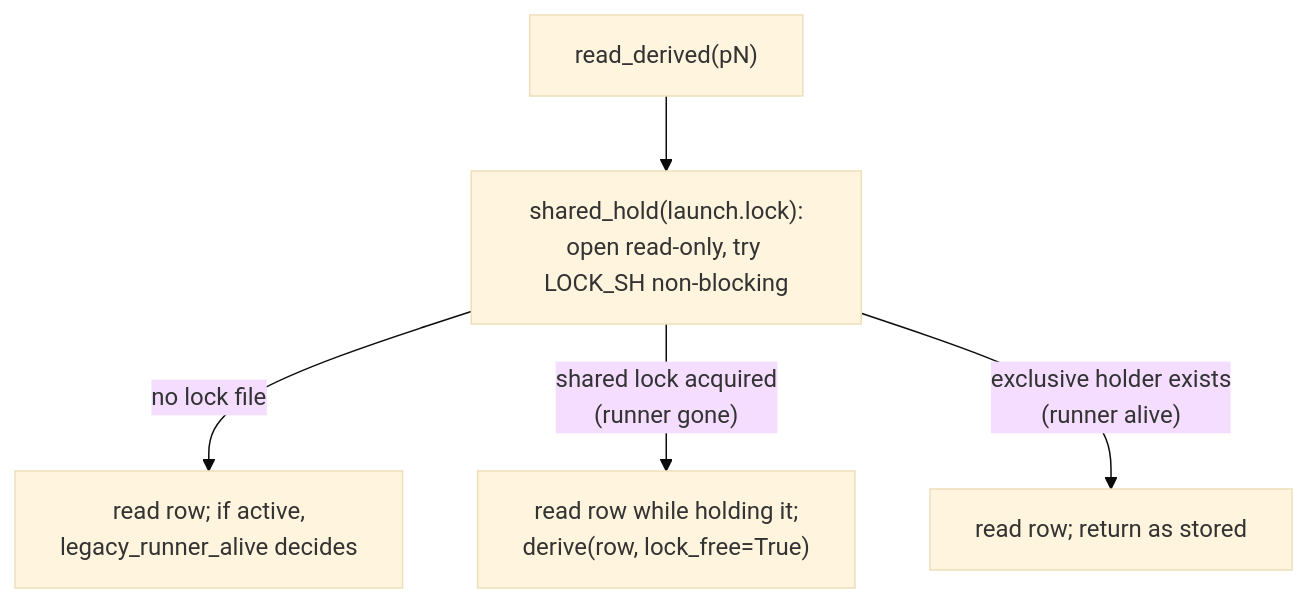
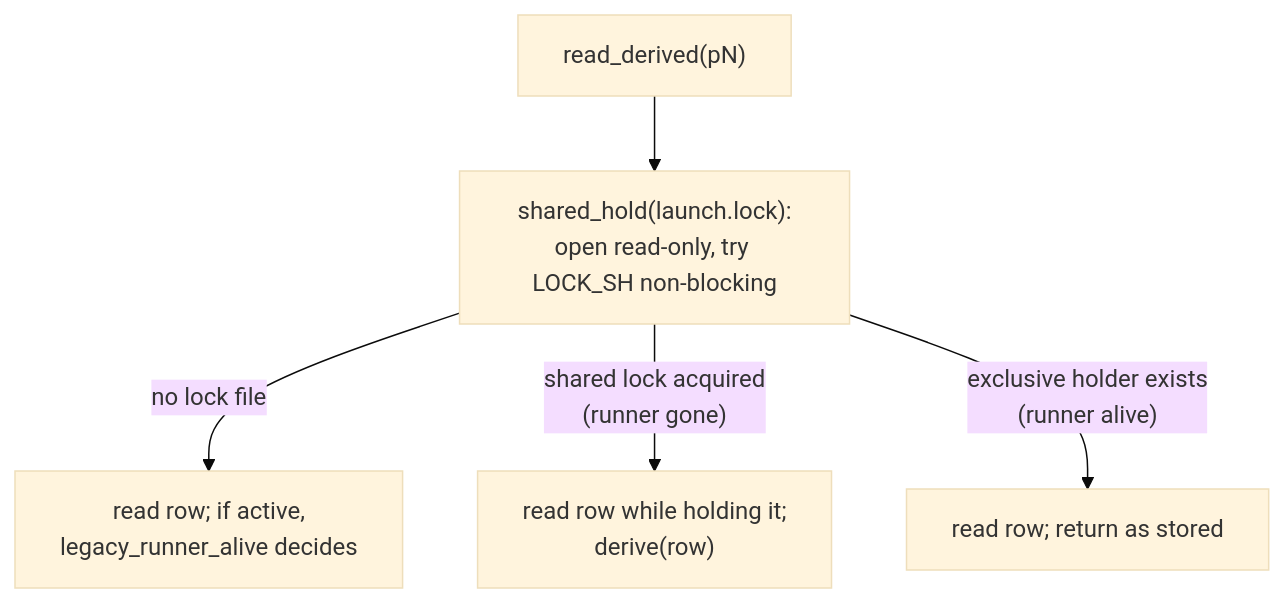
One commit to haowjy/meridian-cli-kb changed the diagram in kb/architecture/state-system/derived-status.md. Above: the diagram before and after it, drawn with Mermaid (base theme). The commit also changed other lines of this file, not shown here.

Commit message:
autosync: 2026-10-18T01:50:29.737759+00:00

````diff
--- a/kb/architecture/state-system/derived-status.md
+++ b/kb/architecture/state-system/derived-status.md
@@ -43,7 +43,7 @@
 ```mermaid
 flowchart TD
     A["read_derived(pN)"] --> B["shared_hold(launch.lock):<br/>open read-only, try LOCK_SH non-blocking"]
     B -->|"no lock file"| L["read row; if active,<br/>legacy_runner_alive decides"]
-    B -->|"shared lock acquired<br/>(runner gone)"| F["read row while holding it;<br/>derive(row, lock_free=True)"]
+    B -->|"shared lock acquired<br/>(runner gone)"| F["read row while holding it;<br/>derive(row)"]
     B -->|"exclusive holder exists<br/>(runner alive)"| H["read row; return as stored"]
 ```
````
